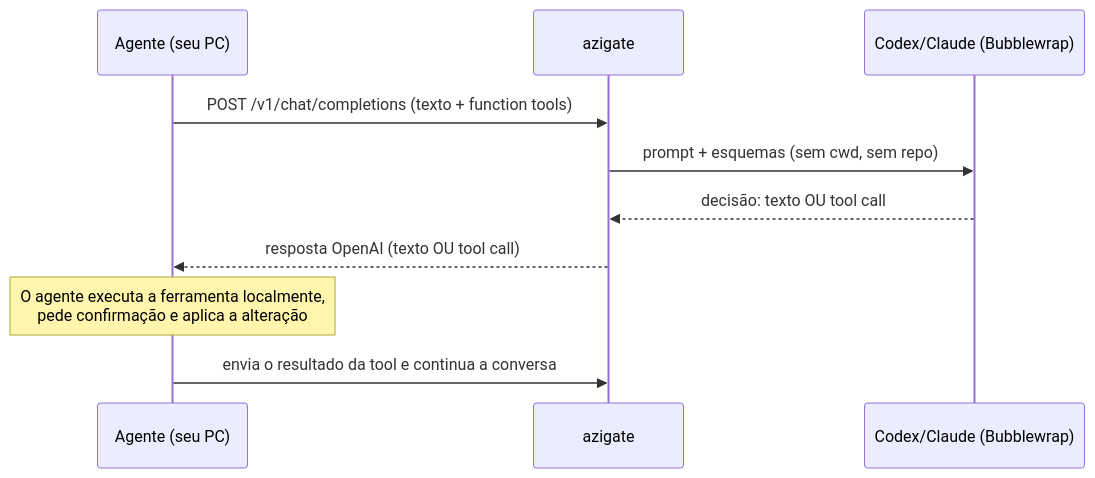
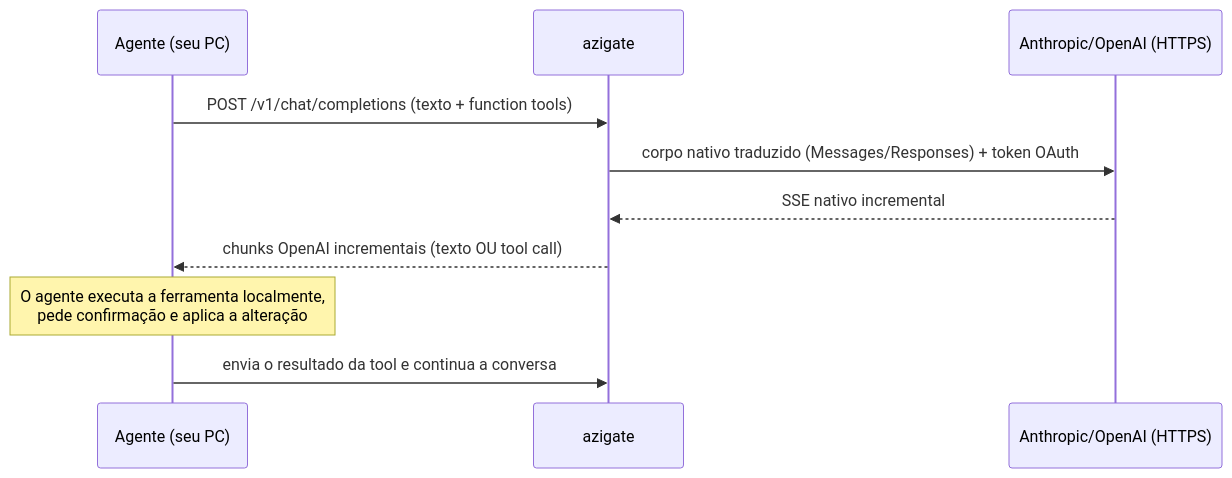
Before and after one commit to Picolino66/azigate: the second of 2 diagrams in README.md, drawn with Mermaid. The commit also changed other lines of this file and 99 other files, not shown here.

First line of the commit message:
feat: migra provedores CLI para adaptadores HTTP com OAuth

````diff
--- a/README.md
+++ b/README.md
@@ -64,13 +62,13 @@
 ```mermaid
 sequenceDiagram
     participant Ag as Agente (seu PC)
     participant Gw as azigate
-    participant Cli as Codex/Claude (Bubblewrap)
+    participant Api as Anthropic/OpenAI (HTTPS)
 
     Ag->>Gw: POST /v1/chat/completions (texto + function tools)
-    Gw->>Cli: prompt + esquemas (sem cwd, sem repo)
-    Cli-->>Gw: decisão: texto OU tool call
-    Gw-->>Ag: resposta OpenAI (texto OU tool call)
+    Gw->>Api: corpo nativo traduzido (Messages/Responses) + token OAuth
+    Api-->>Gw: SSE nativo incremental
+    Gw-->>Ag: chunks OpenAI incrementais (texto OU tool call)
     Note over Ag: O agente executa a ferramenta localmente,<br/>pede confirmação e aplica a alteração
     Ag->>Gw: envia o resultado da tool e continua a conversa
 ```
````
